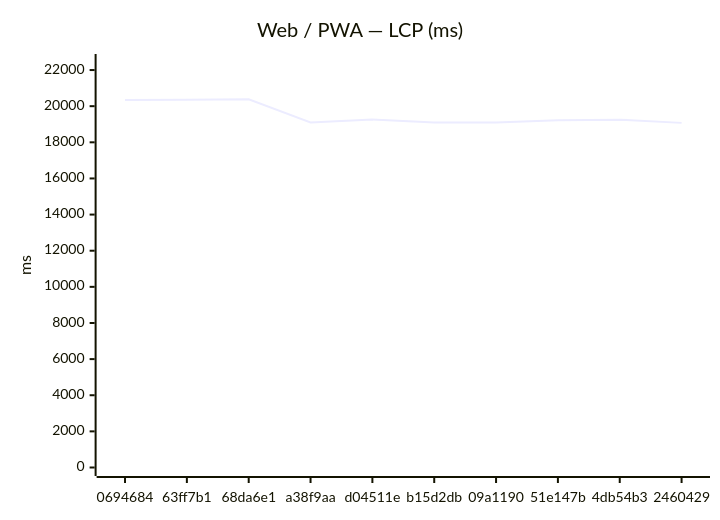
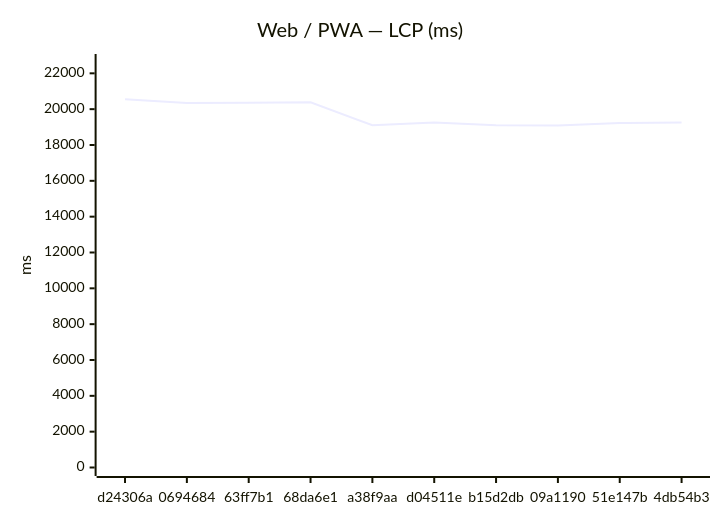
The first of 18 diagrams in benchmarks/compare.md (Metaheurist/Rianell), drawn with Mermaid before and after one commit. The commit also changed other lines of this file and 11 other files, not shown here.

````diff
--- a/benchmarks/compare.md
+++ b/benchmarks/compare.md
@@ -24,7 +24,7 @@
 ```mermaid
 xychart-beta
     title "Web / PWA — LCP (ms)"
-    x-axis ["0694684", "63ff7b1", "68da6e1", "a38f9aa", "d04511e", "b15d2db", "09a1190", "51e147b", "4db54b3", "2460429"]
-    y-axis "ms" 0 --> 22418
-    line [20346, 20361, 20380, 19099, 19257, 19097, 19090, 19227, 19255, 19076]
+    x-axis ["d24306a", "0694684", "63ff7b1", "68da6e1", "a38f9aa", "d04511e", "b15d2db", "09a1190", "51e147b", "4db54b3"]
+    y-axis "ms" 0 --> 22604
+    line [20549, 20346, 20361, 20380, 19099, 19257, 19097, 19090, 19227, 19255]
 ```
````
